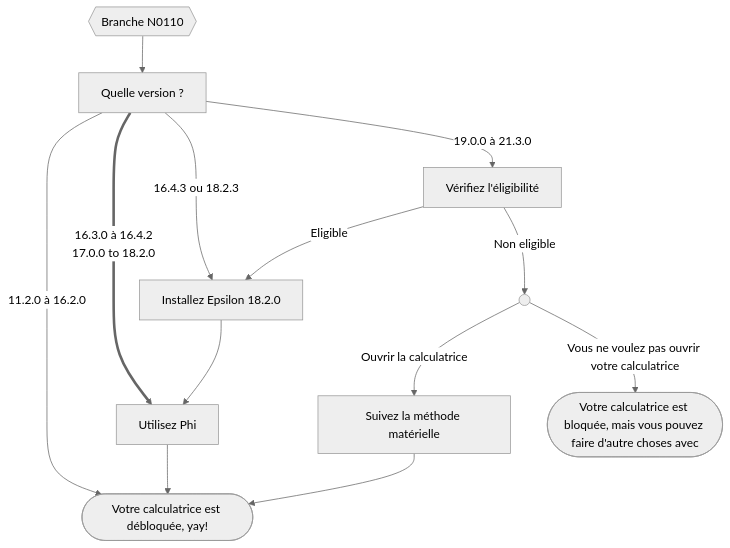
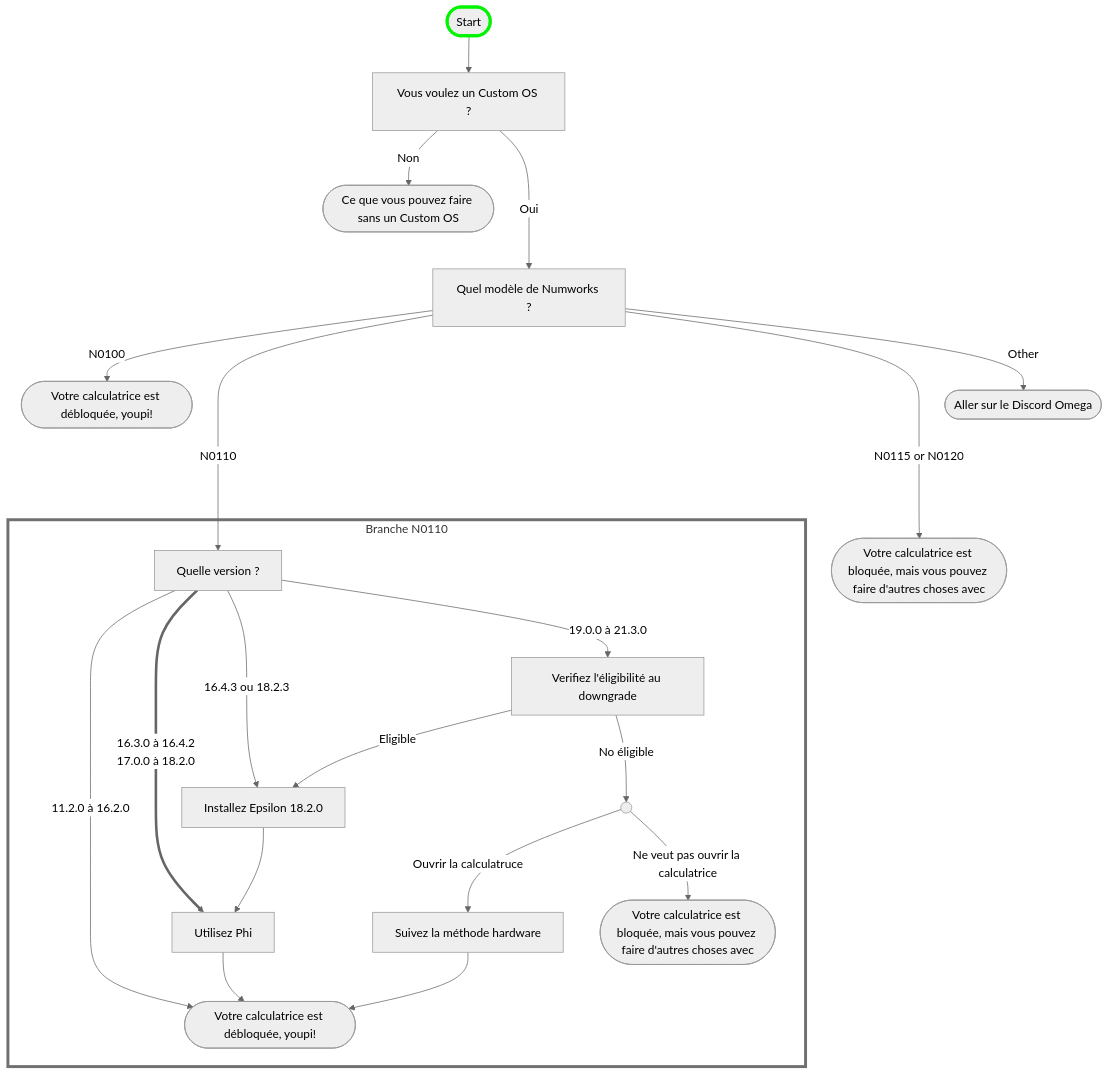
One commit to Omega-Numworks/Omega-Guide changed the diagram in i18n/fr/docusaurus-plugin-content-docs/current/flowchart.md. Above: the diagram before and after it, drawn with Mermaid (neutral theme). The commit also changed other lines of this file and 8 other files, not shown here.

First line of the commit message:
Fix flowchart and translation

````diff
--- a/i18n/fr/docusaurus-plugin-content-docs/current/flowchart.md
+++ b/i18n/fr/docusaurus-plugin-content-docs/current/flowchart.md
@@ -34,23 +8,49 @@
 ```mermaid
 flowchart TD
-    calc_unlocked([Votre calculatrice est débloquée, yay!])
-    calc_locked([Votre calculatrice est bloquée, mais vous pouvez faire d'autre choses avec])
-    start{{Branche N0110}} --> check_version[Quelle version ?]
-    check_version --11.2.0 à 16.2.0--> calc_unlocked
-    check_version ==16.3.0 à 16.4.2\n17.0.0 to 18.2.0==> phi[Utilisez Phi]
-    check_version --16.4.3 ou 18.2.3--> install_18_2_0[Installez Epsilon 18.2.0]
-    check_version --19.0.0 à 21.3.0--> downgrade_check[Vérifiez l'éligibilité]
+    calc_unlocked([Votre calculatrice est débloquée, youpi!])
+    calc_locked_no_modif([Ce que vous pouvez faire sans un Custom OS])
+    start([Start]) --> want_cfw[Vous voulez un Custom OS ?]
+    style start stroke:#00f500,stroke-width:4px
+    want_cfw --Non--> calc_locked_no_modif
+    want_cfw --->|Oui| model_number[Quel modèle de Numworks ?]
+    
+    
+    model_number --N0100--> calc_unlocked
+    model_number ---->|N0110| check_version_n0110
+    model_number ---->|N0115 or N0120| calc_locked_new_calcs
+    model_number --Other--> goto_discord([Aller sur le Discord Omega])
+
+    click model_number "./intro"
+    click calc_locked_no_modif "./no-custom/what-to-do-locked"
+    click calc_unlocked "./cfw/choose-a-cfw"
+    click goto_discord "https://discord.gg/X2TWhh9"
+
+    subgraph n0110 [Branche N0110]
+    style n0110 fill:transparent,stroke-width:4px
+    calc_locked_n0110([Votre calculatrice est bloquée, mais vous pouvez faire d'autres choses avec])
+    calc_unlocked_n0110([Votre calculatrice est débloquée, youpi!])
+    check_version_n0110[Quelle version ?]
+    check_version_n0110 --11.2.0 à 16.2.0--> calc_unlocked_n0110
+    check_version_n0110 ==16.3.0 à 16.4.2\n17.0.0 à 18.2.0==> phi[Utilisez Phi]
+    check_version_n0110 --16.4.3 ou 18.2.3--> install_18_2_0[Installez Epsilon 18.2.0]
+    check_version_n0110 --19.0.0 à 21.3.0--> downgrade_check[Verifiez l'éligibilité au downgrade]
     downgrade_check --Eligible--> install_18_2_0
-    downgrade_check --Non eligible--> downgrade_fail(( )) --Ouvrir la calculatrice--> hardware_method[Suivez la méthode matérielle]
-    downgrade_fail --Vous ne voulez pas ouvrir votre calculatrice--> calc_locked
+    downgrade_check --No éligible--> downgrade_fail(( )) --Ouvrir la calculatruce--> hardware_method[Suivez la méthode hardware]
+    downgrade_fail --Ne veut pas ouvrir la calculatrice--> calc_locked_n0110
     install_18_2_0 --> phi
-    phi & hardware_method --> calc_unlocked
+    phi & hardware_method --> calc_unlocked_n0110
 
-    click check_version "./n0110/n0110-is-locked"
+    click check_version_n0110 "./n0110/n0110-is-locked"
     click downgrade_check "./n0110/phi/check-version-change-eligibility"
     click install_18_2_0 "./n0110/phi/install-epsilon-18-2-0"
     click phi "./n0110/phi"
     click hardware_method "./n0110/hardware/n0110-hardware-unlock"
-    click calc_locked "./no-custom/what-to-do-locked"
-    click calc_unlocked "./cfw/choose-a-cfw"
+    click calc_locked_n0110 "./no-custom/what-to-do-locked"
+    click calc_unlocked_n0110 "./cfw/choose-a-cfw"
+
+    end
+
+    calc_locked_new_calcs([Votre calculatrice est bloquée, mais vous pouvez faire d'autres choses avec])
+
+    click calc_locked_new_calcs "./no-custom/what-to-do-locked"
 ```
````
